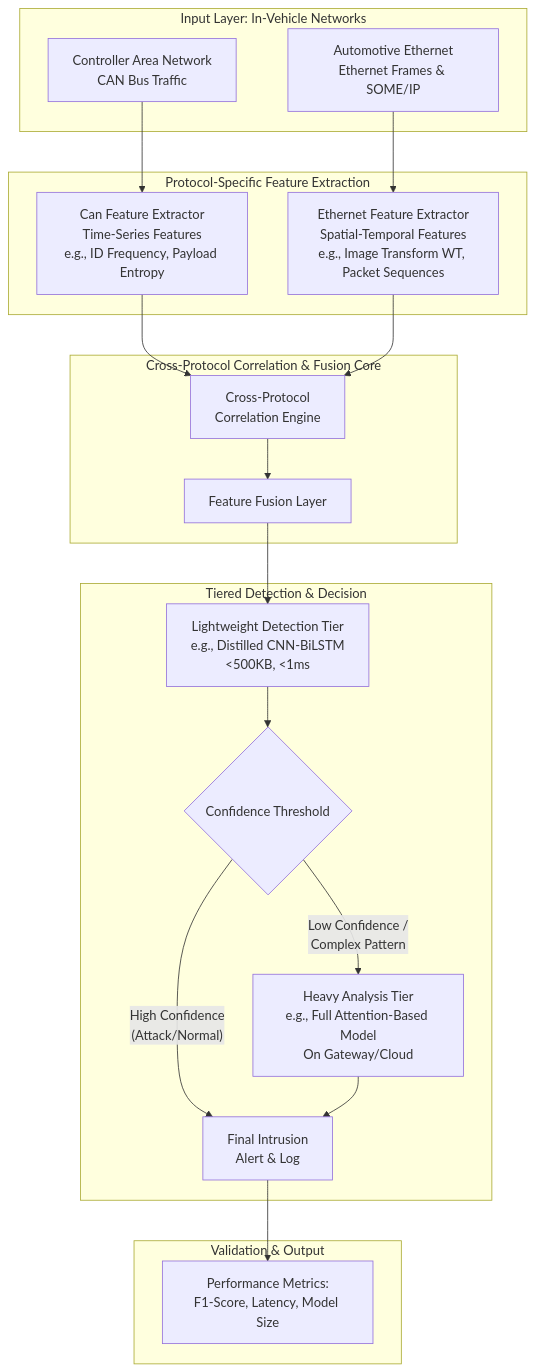
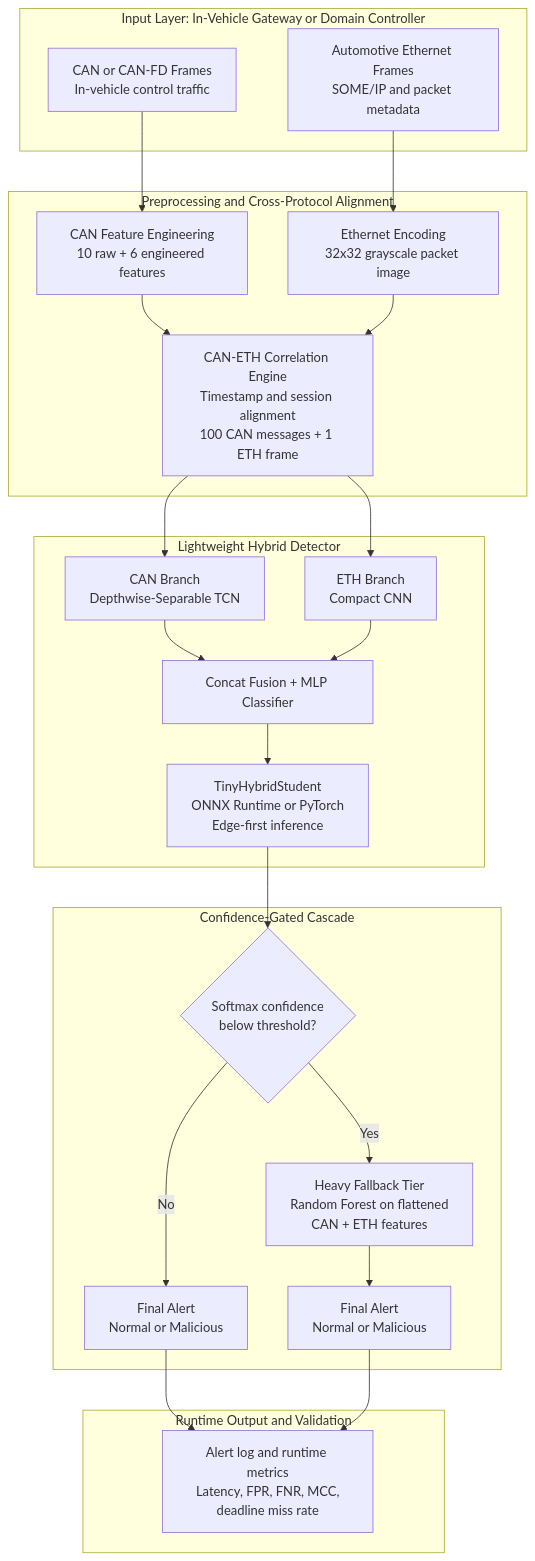
One commit to tgo460/Research_Auto_IDS changed the diagram in deepseek_mermaid_20260128_af2e3e.mermaid. Above: the diagram before and after it, drawn with Mermaid. The commit also changed 78 other files, not shown here.

```diff
--- a/deepseek_mermaid_20260128_af2e3e.mermaid
+++ b/deepseek_mermaid_20260128_af2e3e.mermaid
@@ -1,28 +1,32 @@
 flowchart TD
-    subgraph A[Input Layer: In-Vehicle Networks]
-        CAN[Controller Area Network<br>CAN Bus Traffic]
-        Eth[Automotive Ethernet<br>Ethernet Frames & SOME/IP]
+    subgraph A[Input Layer: In-Vehicle Gateway or Domain Controller]
+        CAN[CAN or CAN-FD Frames<br>In-vehicle control traffic]
+        Eth[Automotive Ethernet Frames<br>SOME/IP and packet metadata]
     end
 
-    subgraph B[Protocol-Specific Feature Extraction]
-        CAN --> P1[Can Feature Extractor<br>Time-Series Features<br>e.g., ID Frequency, Payload Entropy]
-        Eth --> P2[Ethernet Feature Extractor<br>Spatial-Temporal Features<br>e.g., Image Transform WT, Packet Sequences]
+    subgraph B[Preprocessing and Cross-Protocol Alignment]
+        CAN --> CANFeat[CAN Feature Engineering<br>10 raw + 6 engineered features]
+        Eth --> EthFeat[Ethernet Encoding<br>32x32 grayscale packet image]
+        CANFeat --> Align[CAN-ETH Correlation Engine<br>Timestamp and session alignment<br>100 CAN messages + 1 ETH frame]
+        EthFeat --> Align
     end
 
-    subgraph C[Cross-Protocol Correlation & Fusion Core]
-        P1 --> Correlation[Cross-Protocol<br>Correlation Engine]
-        P2 --> Correlation
-        Correlation --> Fusion[Feature Fusion Layer]
+    subgraph C[Lightweight Hybrid Detector]
+        Align --> CANBranch[CAN Branch<br>Depthwise-Separable TCN]
+        Align --> EthBranch[ETH Branch<br>Compact CNN]
+        CANBranch --> Fusion[Concat Fusion + MLP Classifier]
+        EthBranch --> Fusion
+        Fusion --> LightModel[TinyHybridStudent<br>ONNX Runtime or PyTorch<br>Edge-first inference]
     end
 
-    subgraph D[Tiered Detection & Decision]
-        Fusion --> LightweightModel[Lightweight Detection Tier<br>e.g., Distilled CNN-BiLSTM<br><500KB, <1ms]
-        LightweightModel --> Decision{Confidence Threshold}
-        Decision -- "High Confidence<br>(Attack/Normal)" --> Alert
-        Decision -- "Low Confidence /<br>Complex Pattern" --> HeavyModel[Heavy Analysis Tier<br>e.g., Full Attention-Based Model<br>On Gateway/Cloud]
-        HeavyModel --> Alert[Final Intrusion<br>Alert & Log]
+    subgraph D[Confidence-Gated Cascade]
+        LightModel --> Decision{Softmax confidence<br>below threshold?}
+        Decision -- No --> AlertFast[Final Alert<br>Normal or Malicious]
+        Decision -- Yes --> HeavyModel[Heavy Fallback Tier<br>Random Forest on flattened<br>CAN + ETH features]
+        HeavyModel --> AlertHeavy[Final Alert<br>Normal or Malicious]
     end
 
-    subgraph E[Validation & Output]
-        Alert --> Metrics[Performance Metrics:<br>F1-Score, Latency, Model Size]
+    subgraph E[Runtime Output and Validation]
+        AlertFast --> Metrics[Alert log and runtime metrics<br>Latency, FPR, FNR, MCC,<br>deadline miss rate]
+        AlertHeavy --> Metrics
     end
```
